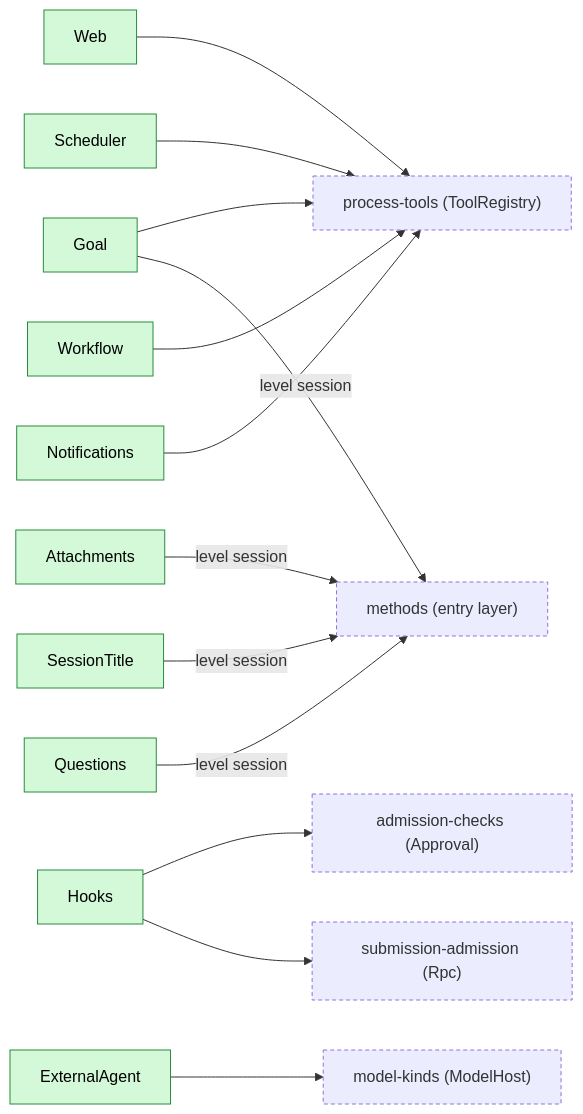
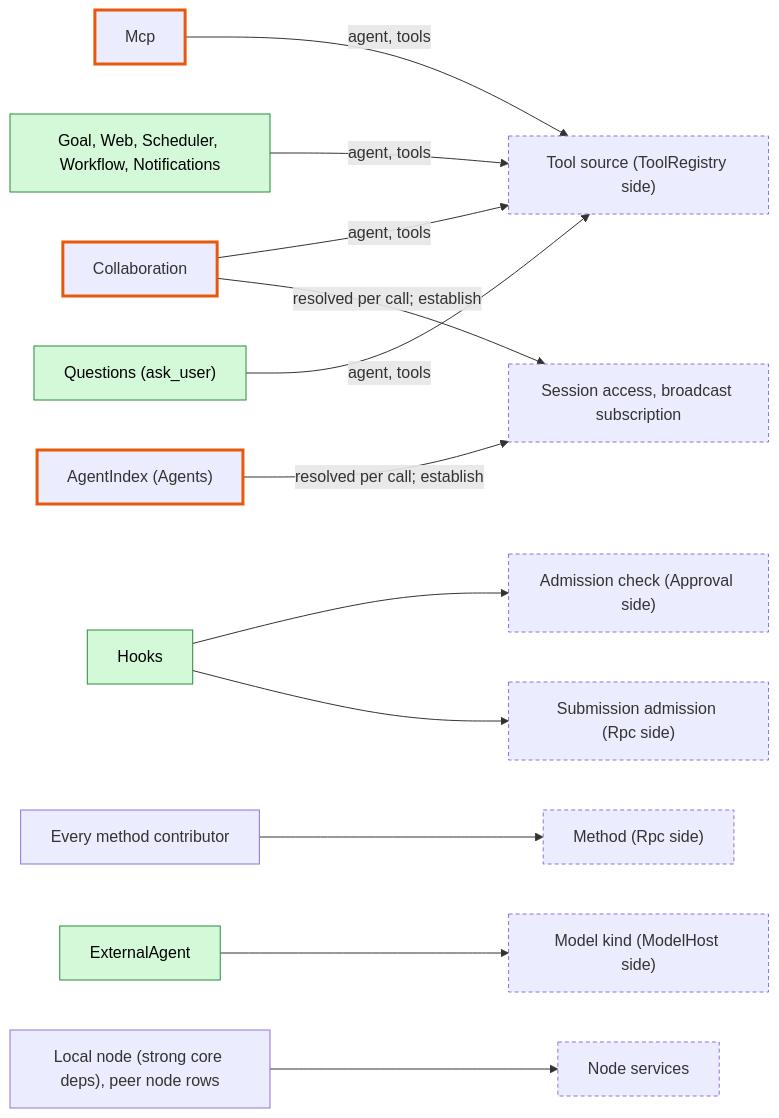
The third of 9 diagrams in docs/design/overview.md (CoutinhoTTS/dim-agent), drawn with Mermaid before and after one commit. The commit also changed other lines of this file, not shown here.

````diff
--- a/docs/design/overview.md
+++ b/docs/design/overview.md
@@ -99,28 +105,32 @@
 ```mermaid
 flowchart LR
   classDef new fill:#d3f9d8,stroke:#2b8a3e,color:#000
+  classDef changed stroke:#e8590c,stroke-width:3px
   classDef contract stroke-dasharray:4 3
 
-  rTools["process-tools (ToolRegistry)"]:::contract
-  rAdm["admission-checks (Approval)"]:::contract
-  rSub["submission-admission (Rpc)"]:::contract
-  rM["methods (entry layer)"]:::contract
-  rKind["model-kinds (ModelHost)"]:::contract
+  pTool["Tool source (ToolRegistry side)"]:::contract
+  pAdm["Admission check (Approval side)"]:::contract
+  pSub["Submission admission (Rpc side)"]:::contract
+  pM["Method (Rpc side)"]:::contract
+  pKind["Model kind (ModelHost side)"]:::contract
+  pSA["Session access, broadcast subscription"]:::contract
+  pNode["Node services"]:::contract
 
-  Goal["Goal"]:::new
-  Web["Web"]:::new
-  Sched["Scheduler"]:::new
-  Wf["Workflow"]:::new
-  Notif["Notifications"]:::new
+  Mcp["Mcp"]:::changed
+  Collab["Collaboration"]:::changed
+  AgentIndex["AgentIndex (Agents)"]:::changed
+  New["Goal, Web, Scheduler, Workflow, Notifications"]:::new
+  Qs["Questions (ask_user)"]:::new
   Hooks["Hooks"]:::new
-  Att["Attachments"]:::new
-  Title["SessionTitle"]:::new
-  Qs["Questions"]:::new
+  Contribs["Every method contributor"]
   Ext["ExternalAgent"]:::new
+  Local["Local node (strong core deps), peer node rows"]
 
-  Goal & Web & Sched & Wf & Notif --> rTools
-  Hooks --> rAdm
-  Hooks --> rSub
-  Goal & Att & Title & Qs -->|"level session"| rM
-  Ext --> rKind
+  Mcp & Collab & New & Qs -->|"agent, tools"| pTool
+  Hooks --> pAdm
+  Hooks --> pSub
+  Contribs --> pM
+  Ext --> pKind
+  AgentIndex & Collab -->|"resolved per call; establish"| pSA
+  Local --> pNode
 ```
````
